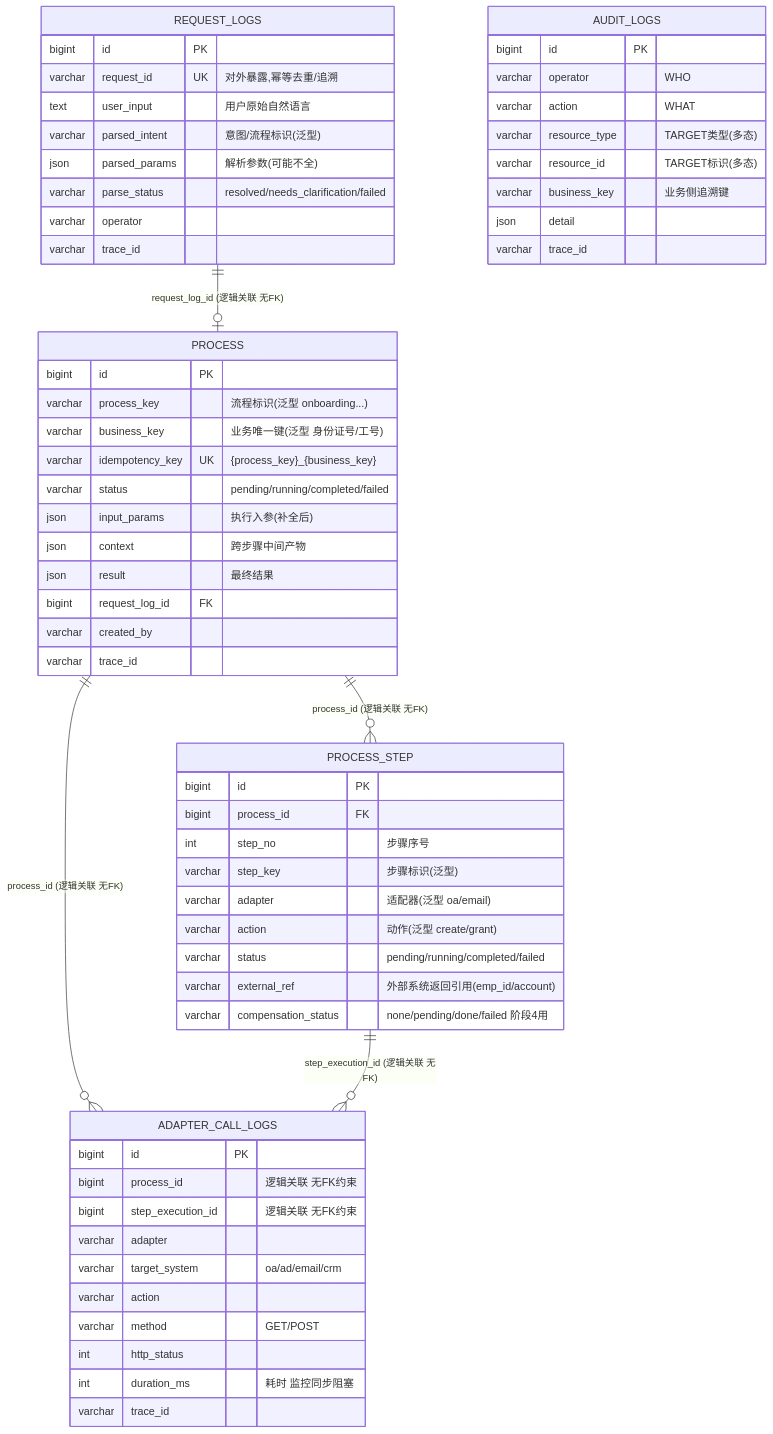
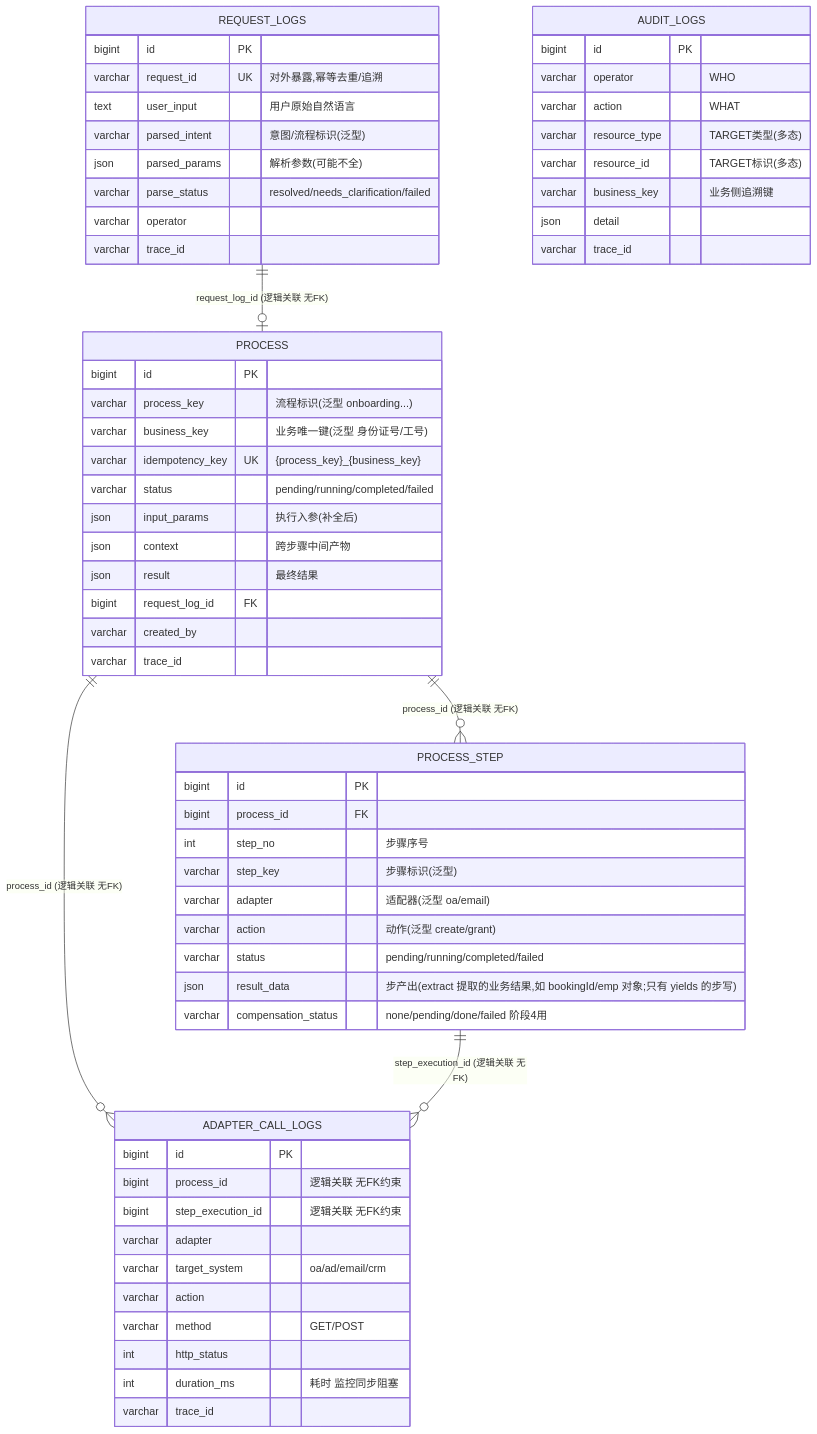
The diagram in db/schema_diagram.md (zs2731070169-web/smart_talkflow), drawn with Mermaid before and after one commit. The commit also changed 66 other files, not shown here.

````diff
--- a/db/schema_diagram.md
+++ b/db/schema_diagram.md
@@ -8,68 +8,68 @@
 ```mermaid
 erDiagram
     REQUEST_LOGS            ||--o| PROCESS        : "request_log_id (逻辑关联 无FK)"
     PROCESS       ||--o{ PROCESS_STEP  : "process_id (逻辑关联 无FK)"
     PROCESS       ||--o{ ADAPTER_CALL_LOGS        : "process_id (逻辑关联 无FK)"
     PROCESS_STEP ||--o{ ADAPTER_CALL_LOGS        : "step_execution_id (逻辑关联 无FK)"
 
     REQUEST_LOGS {
         bigint   id PK
         varchar  request_id UK "对外暴露,幂等去重/追溯"
         text     user_input "用户原始自然语言"
         varchar  parsed_intent "意图/流程标识(泛型)"
         json     parsed_params "解析参数(可能不全)"
         varchar  parse_status "resolved/needs_clarification/failed"
         varchar  operator
         varchar  trace_id
     }
 
     PROCESS {
         bigint   id PK
         varchar  process_key "流程标识(泛型 onboarding...)"
         varchar  business_key "业务唯一键(泛型 身份证号/工号)"
         varchar  idempotency_key UK "{process_key}_{business_key}"
         varchar  status "pending/running/completed/failed"
         json     input_params "执行入参(补全后)"
         json     context "跨步骤中间产物"
         json     result "最终结果"
         bigint   request_log_id FK
         varchar  created_by
         varchar  trace_id
     }
 
     PROCESS_STEP {
         bigint   id PK
         bigint   process_id FK
         int      step_no "步骤序号"
         varchar  step_key "步骤标识(泛型)"
         varchar  adapter "适配器(泛型 oa/email)"
         varchar  action "动作(泛型 create/grant)"
         varchar  status "pending/running/completed/failed"
-        varchar  external_ref "外部系统返回引用(emp_id/account)"
+        json     result_data "步产出(extract 提取的业务结果,如 bookingId/emp 对象;只有 yields 的步写)"
         varchar  compensation_status "none/pending/done/failed 阶段4用"
     }
 
     ADAPTER_CALL_LOGS {
         bigint   id PK
         bigint   process_id "逻辑关联 无FK约束"
         bigint   step_execution_id "逻辑关联 无FK约束"
         varchar  adapter
         varchar  target_system "oa/ad/email/crm"
         varchar  action
         varchar  method "GET/POST"
         int      http_status
         int      duration_ms "耗时 监控同步阻塞"
         varchar  trace_id
     }
 
     AUDIT_LOGS {
         bigint   id PK
         varchar  operator "WHO"
         varchar  action "WHAT"
         varchar  resource_type "TARGET类型(多态)"
         varchar  resource_id "TARGET标识(多态)"
         varchar  business_key "业务侧追溯键"
         json     detail
         varchar  trace_id
     }
 ```
````
